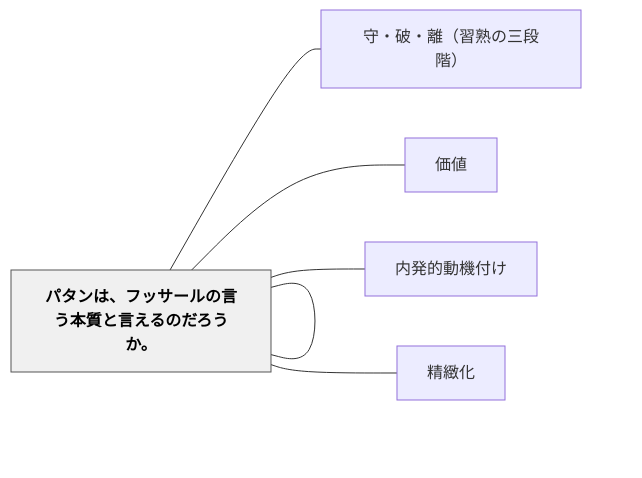
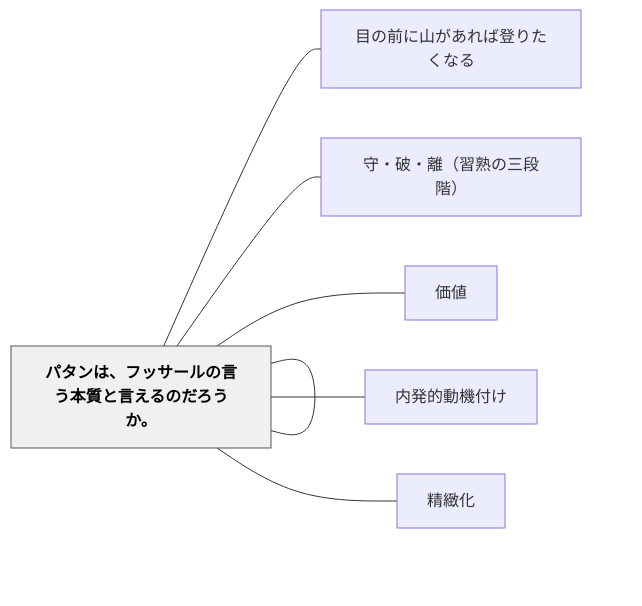
Before and after one commit to unknownthings-ed-patterns/unknownthings-ed-patterns: the diagram in content/パタン/パタンとアンチパタンの相対性.md, drawn with Mermaid. The commit also changed other lines of this file and 473 other files, not shown here.

````diff
--- a/content/パタン/パタンとアンチパタンの相対性.md
+++ b/content/パタン/パタンとアンチパタンの相対性.md
@@ -137,18 +138,20 @@
 ```mermaid
 flowchart LR
     ne38391e382bf["パタンとアンチパタンの相対性"]
+    ne79baee381ae["目の前に山があれば登りたくなる"]
     ne5ae88e383bb["守・破・離（習熟の三段階）"]
     ne4bea1e580a4["価値"]
     ne58685e799ba["内発的動機付け"]
     ne7b2bee7b7bb["精緻化"]
     ne38391e382bf["パタンは、フッサールの言う本質と言えるのだろうか。"]
 
+    ne38391e382bf --- ne79baee381ae
     ne38391e382bf --- ne5ae88e383bb
     ne38391e382bf --- ne4bea1e580a4
     ne38391e382bf --- ne58685e799ba
     ne38391e382bf --- ne7b2bee7b7bb
     ne38391e382bf --- ne38391e382bf
 
     classDef hub fill:#f0f0f0,stroke:#555,color:#000,font-weight:bold
     class ne38391e382bf hub
 ```
````
